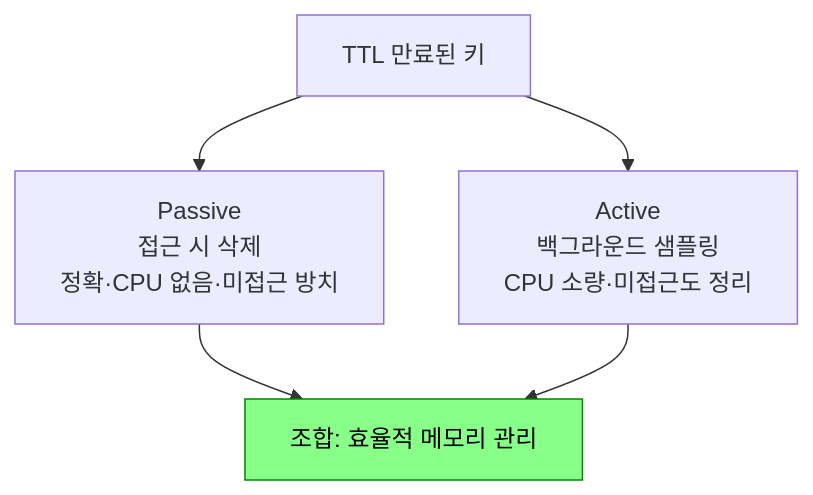
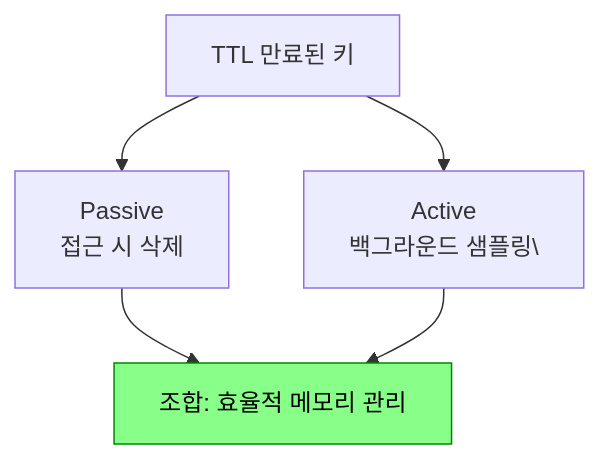
Before and after one commit to yjkim2015/yjkim2015.github.io: the third of 3 diagrams in _posts/redis/2026-05-01-redis-ttl.md, drawn with Mermaid. The commit also changed other lines of this file and 271 other files, not shown here.

First line of the commit message:
Mermaid 라벨 축소: 긴 노드 텍스트 18자 이하로 트림 + \n 제거

````diff
--- a/_posts/redis/2026-05-01-redis-ttl.md
+++ b/_posts/redis/2026-05-01-redis-ttl.md
@@ -87,7 +87,7 @@
 ```mermaid
 graph TD
-    EXP["TTL 만료된 키"] --> P["Passive\n접근 시 삭제\n정확·CPU 없음·미접근 방치"]
-    EXP --> A["Active\n백그라운드 샘플링\nCPU 소량·미접근도 정리"]
+    EXP["TTL 만료된 키"] --> P["Passive\n접근 시 삭제\n"]
+    EXP --> A["Active\n백그라운드 샘플링\"]
     P & A --> RESULT["조합: 효율적 메모리 관리"]
     style RESULT fill:#8f8,stroke:#080,color:#000
 ```
````
